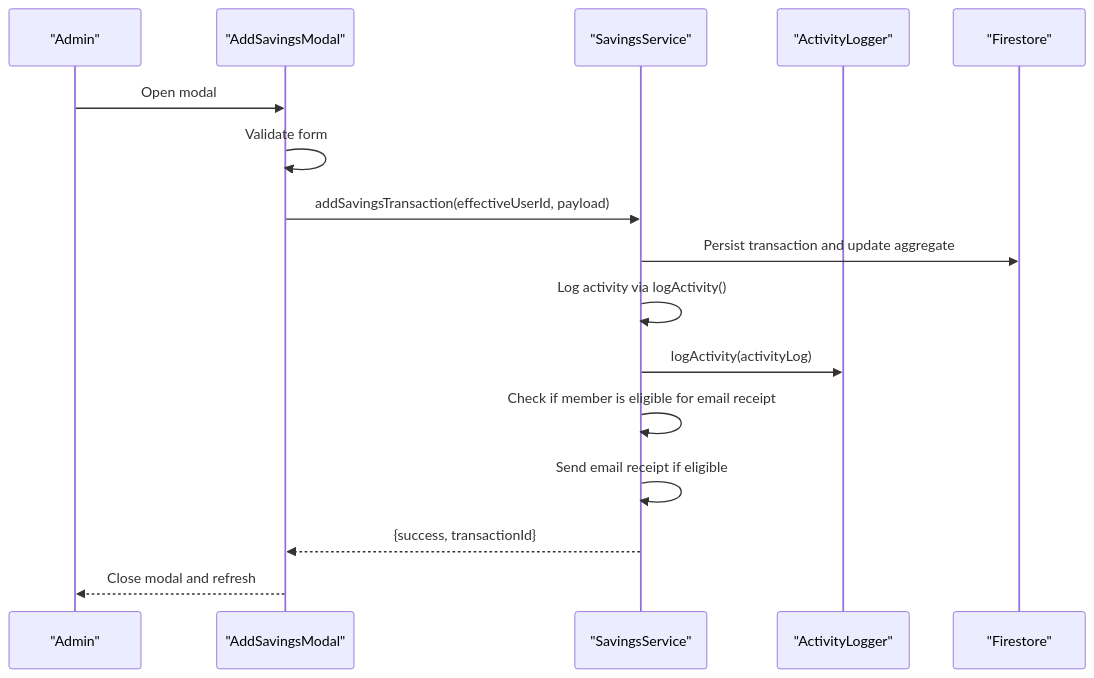
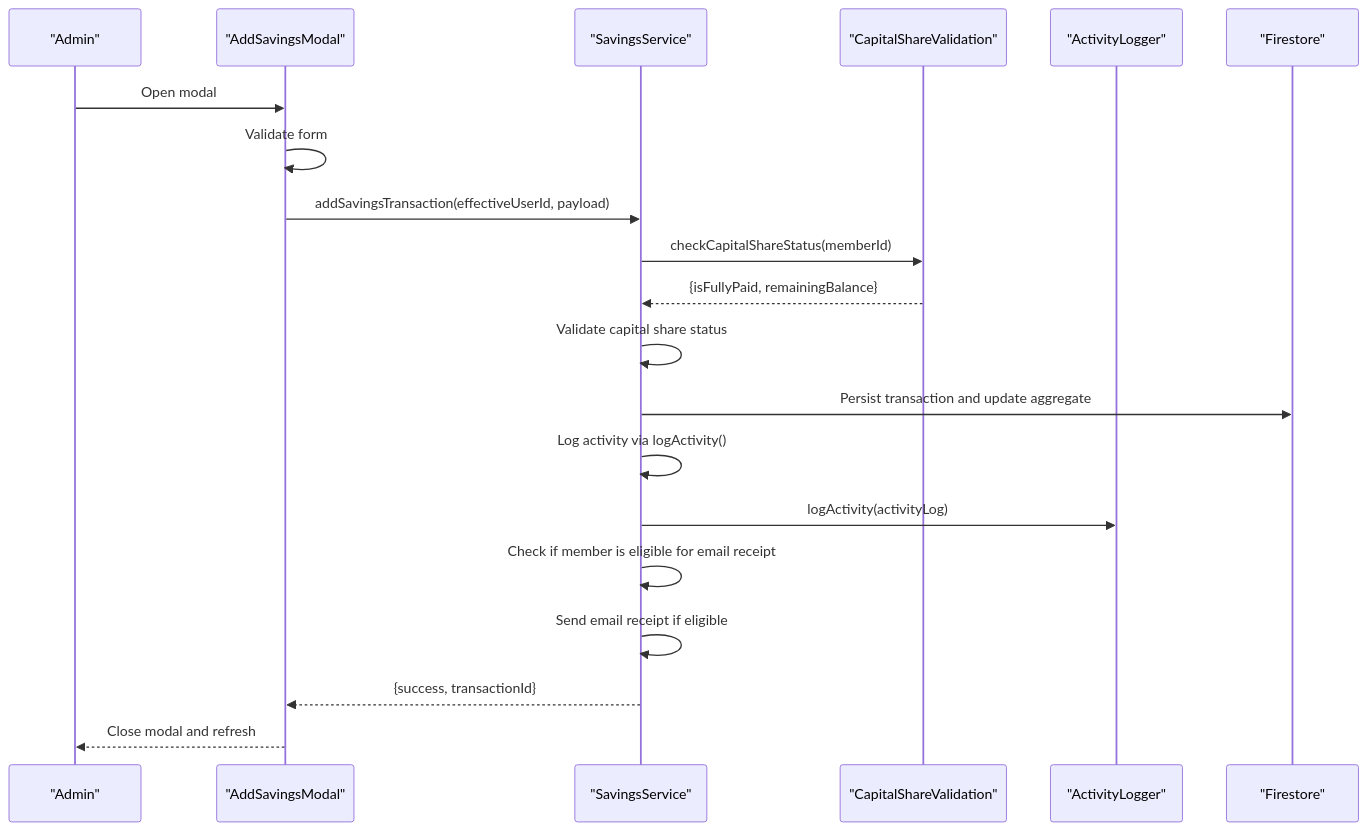
Diagram 11 of 26 in .qoder/repowiki/en/content/Savings Management System/Savings Management System.md (Unsure-bry/sampacoop_system), drawn with Mermaid before and after one commit. The commit also changed other lines of this file and 5 other files, not shown here.

````diff
--- a/.qoder/repowiki/en/content/Savings Management System/Savings Management System.md
+++ b/.qoder/repowiki/en/content/Savings Management System/Savings Management System.md
@@ -467,18 +544,22 @@
 ```mermaid
 sequenceDiagram
 participant A as "Admin"
 participant AM as "AddSavingsModal"
 participant SS as "SavingsService"
+participant CS as "CapitalShareValidation"
 participant AL as "ActivityLogger"
 participant FS as "Firestore"
 A->>AM : Open modal
 AM->>AM : Validate form
 AM->>SS : addSavingsTransaction(effectiveUserId, payload)
+SS->>CS : checkCapitalShareStatus(memberId)
+CS-->>SS : {isFullyPaid, remainingBalance}
+SS->>SS : Validate capital share status
 SS->>FS : Persist transaction and update aggregate
 SS->>SS : Log activity via logActivity()
 SS->>AL : logActivity(activityLog)
 SS->>SS : Check if member is eligible for email receipt
 SS->>SS : Send email receipt if eligible
 SS-->>AM : {success, transactionId}
 AM-->>A : Close modal and refresh
 ```
````
